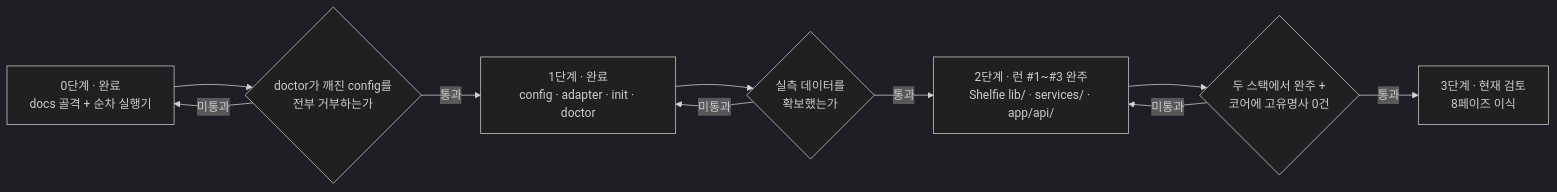
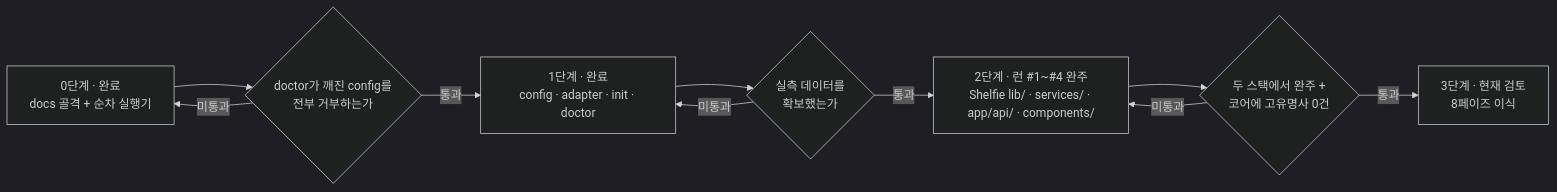
The first of 2 diagrams in docs/harness/ROADMAP.md (hyuham1335-stack/banana-island-ops), drawn with Mermaid (dark theme) before and after one commit. The commit also changed other lines of this file, not shown here.

First line of the commit message:
docs(harness): ROADMAP 을 런 #4 완주 상태로 갱신

````diff
--- a/docs/harness/ROADMAP.md
+++ b/docs/harness/ROADMAP.md
@@ -50,18 +50,18 @@
 ```mermaid
 flowchart LR
     S0["0단계 · 완료<br/>docs 골격 + 순차 실행기"]
     S1["1단계 · 완료<br/>config · adapter · init · doctor"]
-    S2["2단계 · 런 #1~#3 완주<br/>Shelfie lib/ · services/ · app/api/"]
+    S2["2단계 · 런 #1~#4 완주<br/>Shelfie lib/ · services/ · app/api/ · components/"]
     S3["3단계 · 현재 검토<br/>8페이즈 이식"]
 
     S0 --> G1{"doctor가 깨진 config를<br/>전부 거부하는가"}
     G1 -->|통과| S1
     S1 --> G2{"실측 데이터를<br/>확보했는가"}
     G2 -->|통과| S2
     S2 --> G3{"두 스택에서 완주 +<br/>코어에 고유명사 0건"}
     G3 -->|통과| S3
 
     G1 -->|미통과| S0
     G2 -->|미통과| S1
     G3 -->|미통과| S2
 ```
````
